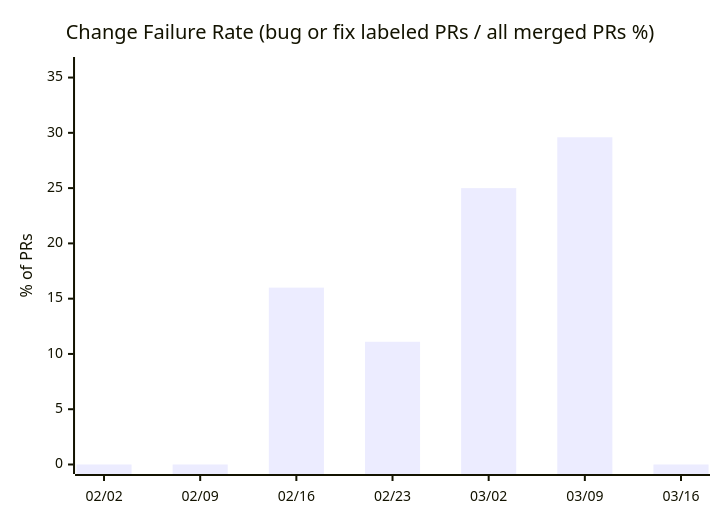
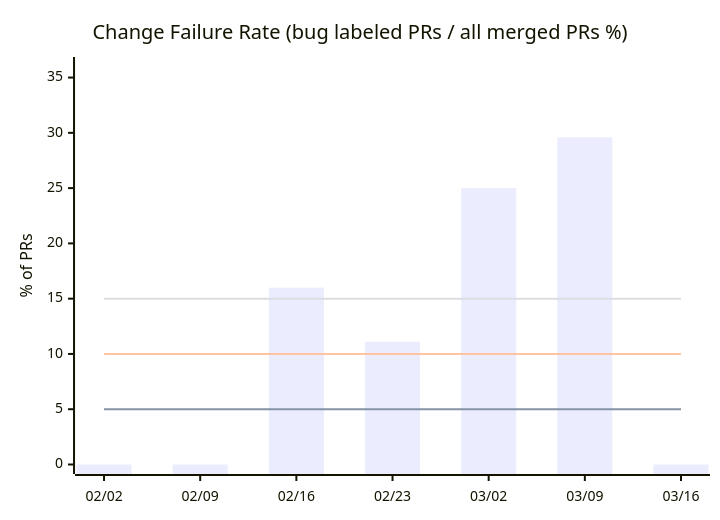
Before and after one commit to nablarch/nabledge-dev: the third of 11 diagrams in docs/metrics.md, drawn with Mermaid. The commit also changed other lines of this file and 1 other file, not shown here.

Commit message:
experiment: add threshold lines to CFR chart

````diff
--- a/docs/metrics.md
+++ b/docs/metrics.md
@@ -41,7 +58,10 @@
 ```mermaid
 xychart-beta
-  title "Change Failure Rate (bug or fix labeled PRs / all merged PRs %)"
+  title "Change Failure Rate (bug labeled PRs / all merged PRs %)"
   x-axis ["02/02", "02/09", "02/16", "02/23", "03/02", "03/09", "03/16"]
   y-axis "% of PRs" 0 --> 36
   bar [0, 0, 16, 11.1, 25, 29.6, 0]
+  line [5, 5, 5, 5, 5, 5, 5]
+  line [10, 10, 10, 10, 10, 10, 10]
+  line [15, 15, 15, 15, 15, 15, 15]
 ```
````
